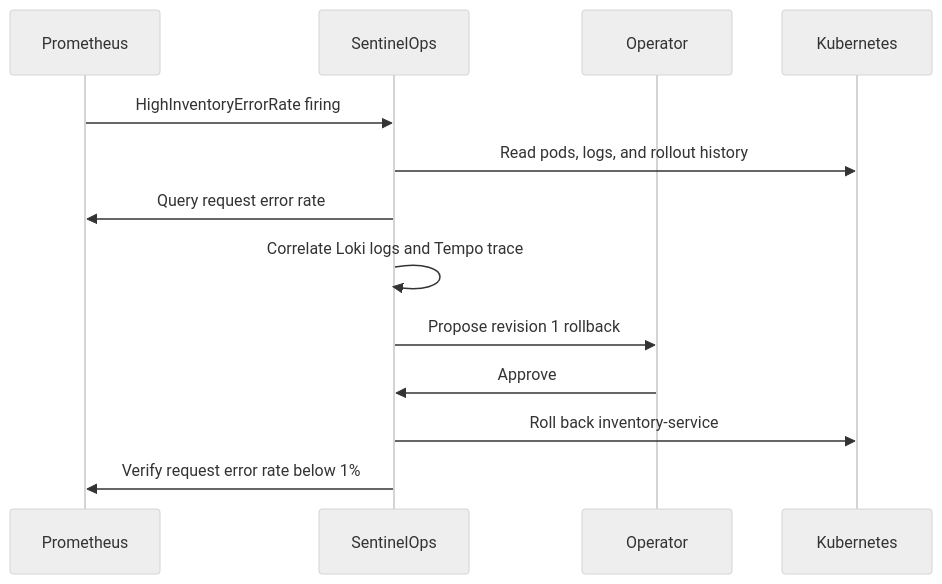
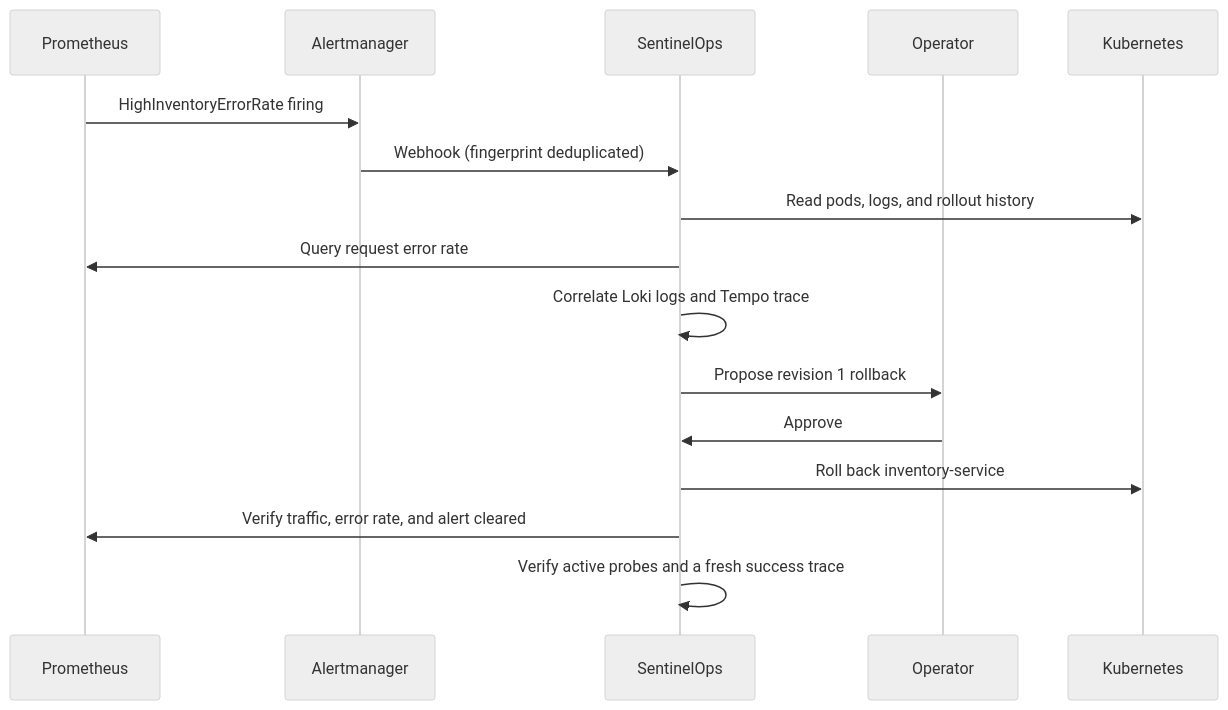
Before and after one commit to q741242673/sentinelops: the second of 2 diagrams in README.md, drawn with Mermaid (neutral theme). The commit also changed other lines of this file and 11 other files, not shown here.

````diff
--- a/README.md
+++ b/README.md
@@ -247,15 +248,18 @@
 ```mermaid
 sequenceDiagram
     participant P as Prometheus
+    participant M as Alertmanager
     participant A as SentinelOps
     participant O as Operator
     participant K as Kubernetes
-    P->>A: HighInventoryErrorRate firing
+    P->>M: HighInventoryErrorRate firing
+    M->>A: Webhook (fingerprint deduplicated)
     A->>K: Read pods, logs, and rollout history
     A->>P: Query request error rate
     A->>A: Correlate Loki logs and Tempo trace
     A->>O: Propose revision 1 rollback
     O->>A: Approve
     A->>K: Roll back inventory-service
-    A->>P: Verify request error rate below 1%
+    A->>P: Verify traffic, error rate, and alert cleared
+    A->>A: Verify active probes and a fresh success trace
 ```
````
